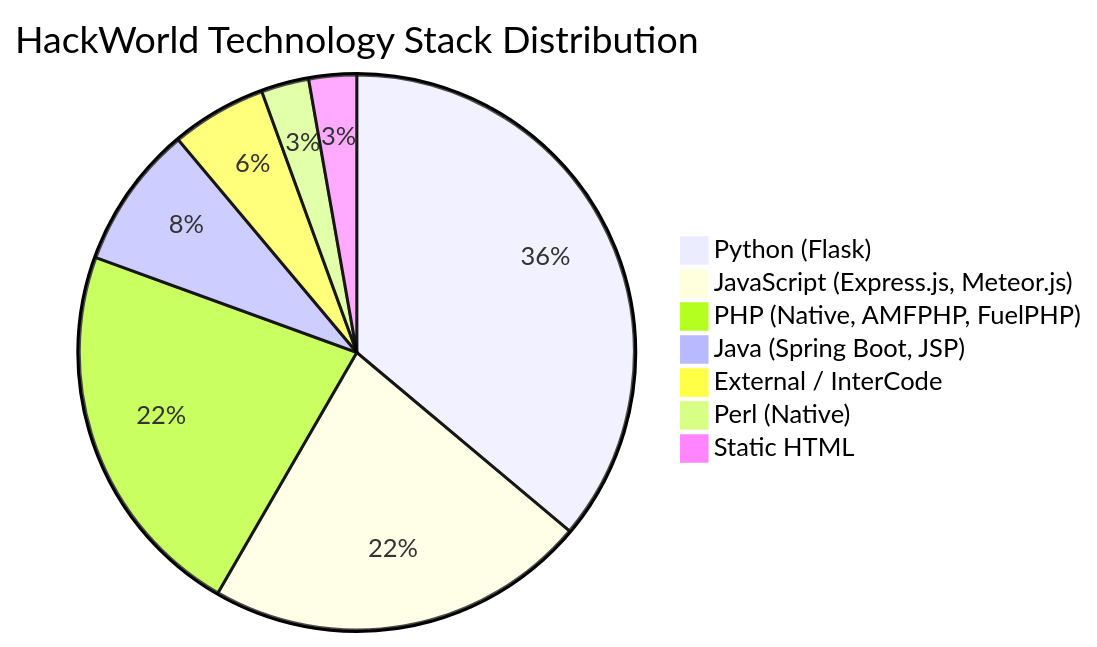
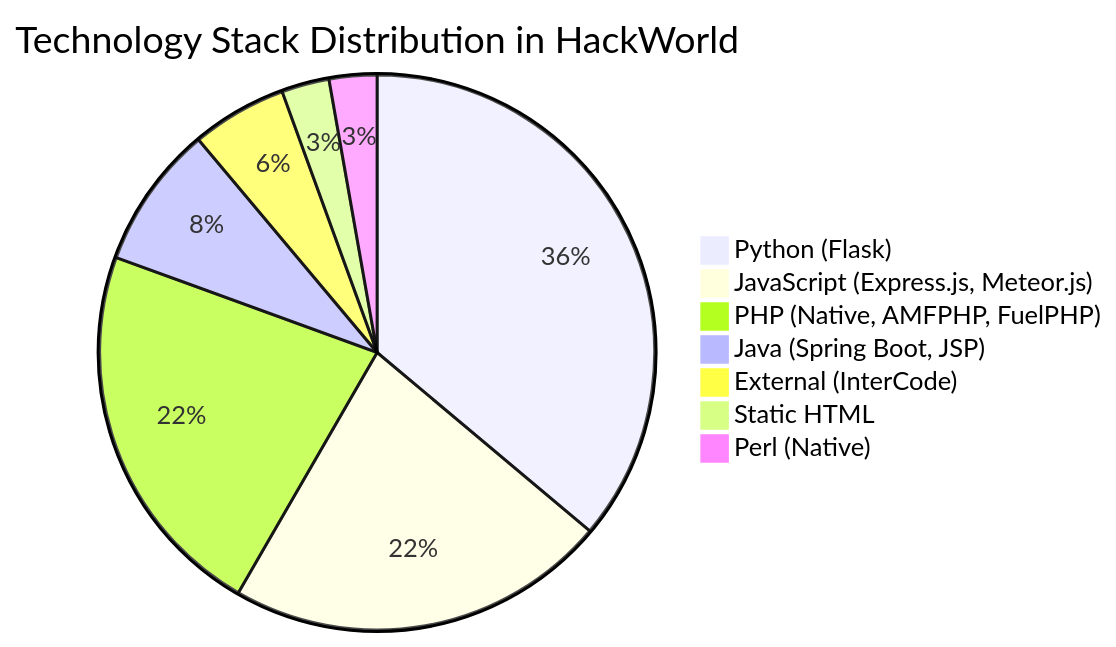
One commit to nishan-paul-2022/cmatrix-agentic-red-team changed the third of 6 diagrams in docs/paper-research/md-downloaded-paper-curated-/06-hackworld-evaluating-computer-use-agents-on-exploiting-web.md. Above: the diagram before and after it, drawn with Mermaid. The commit also changed other lines of this file, not shown here.

Commit message:
refactor: update HackWorld paper documentation with revised abstract, expanded appendices, and improved visual workflow content

````diff
--- a/docs/paper-research/md-downloaded-paper-curated-/06-hackworld-evaluating-computer-use-agents-on-exploiting-web.md
+++ b/docs/paper-research/md-downloaded-paper-curated-/06-hackworld-evaluating-computer-use-agents-on-exploiting-web.md
@@ -162,10 +244,10 @@
 ```mermaid
-pie title HackWorld Technology Stack Distribution
+pie title Technology Stack Distribution in HackWorld
     "Python (Flask)" : 13
     "JavaScript (Express.js, Meteor.js)" : 8
     "PHP (Native, AMFPHP, FuelPHP)" : 8
     "Java (Spring Boot, JSP)" : 3
-    "External / InterCode" : 2
+    "External (InterCode)" : 2
+    "Static HTML" : 1
     "Perl (Native)" : 1
-    "Static HTML" : 1
 ```
````
